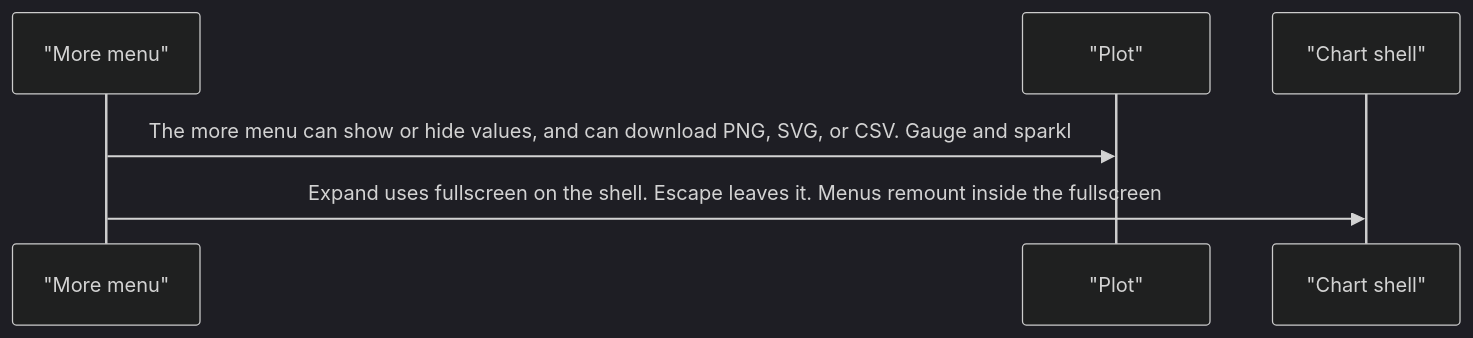
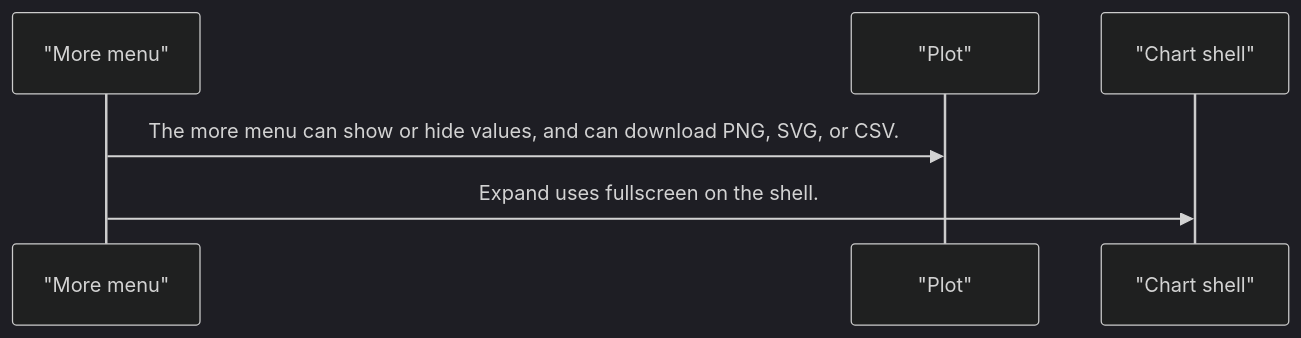
One commit to RajshekharBorate/pixel-ui changed the fourth of 4 diagrams in projects/pixel-ui/src/lib/pixel-chart-shell/DESIGN.md. Above: the diagram before and after it, drawn with Mermaid (dark theme). The commit also changed other lines of this file and 80 other files, not shown here.

Commit message:
Fill missing design flows and correct the stories that did not match component behavior.

````diff
--- a/projects/pixel-ui/src/lib/pixel-chart-shell/DESIGN.md
+++ b/projects/pixel-ui/src/lib/pixel-chart-shell/DESIGN.md
@@ -78,8 +78,8 @@
 ```mermaid
 sequenceDiagram
   participant menu as "More menu"
   participant plot as "Plot"
   participant shell as "Chart shell"
-  menu->>plot: The more menu can show or hide values, and can download PNG, SVG, or CSV. Gauge and sparkl
-  menu->>shell: Expand uses fullscreen on the shell. Escape leaves it. Menus remount inside the fullscreen
+  menu->>plot: The more menu can show or hide values, and can download PNG, SVG, or CSV.
+  menu->>shell: Expand uses fullscreen on the shell.
 ```
````
